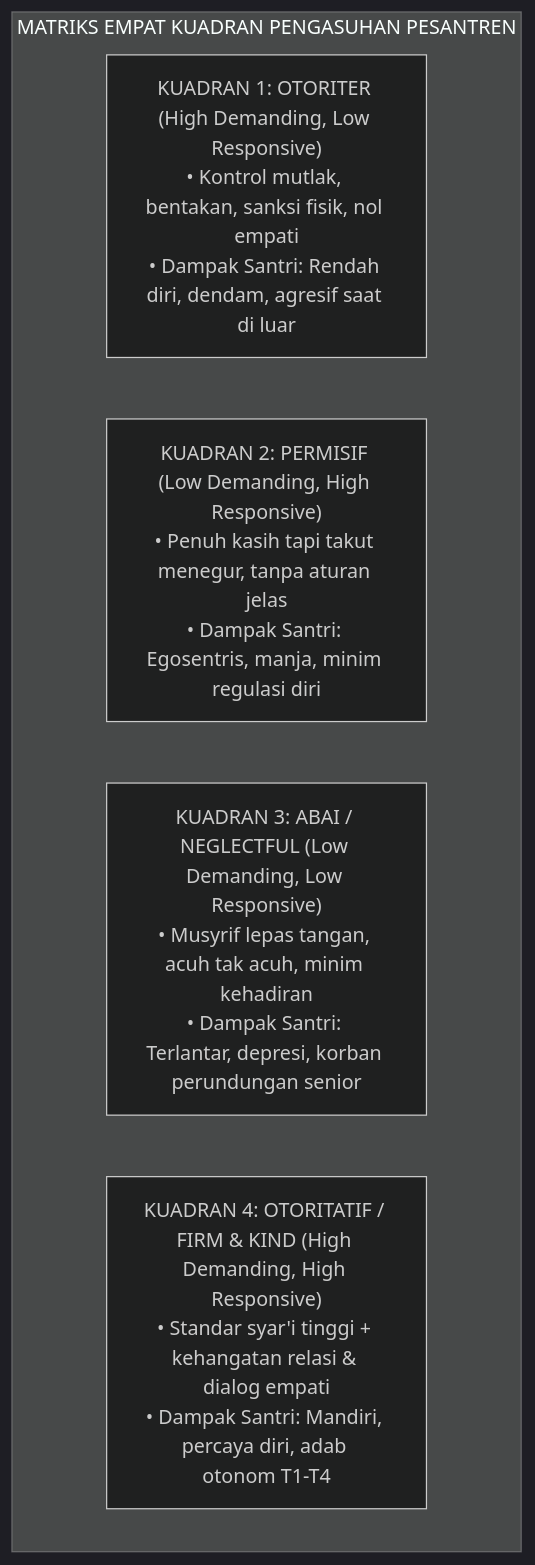
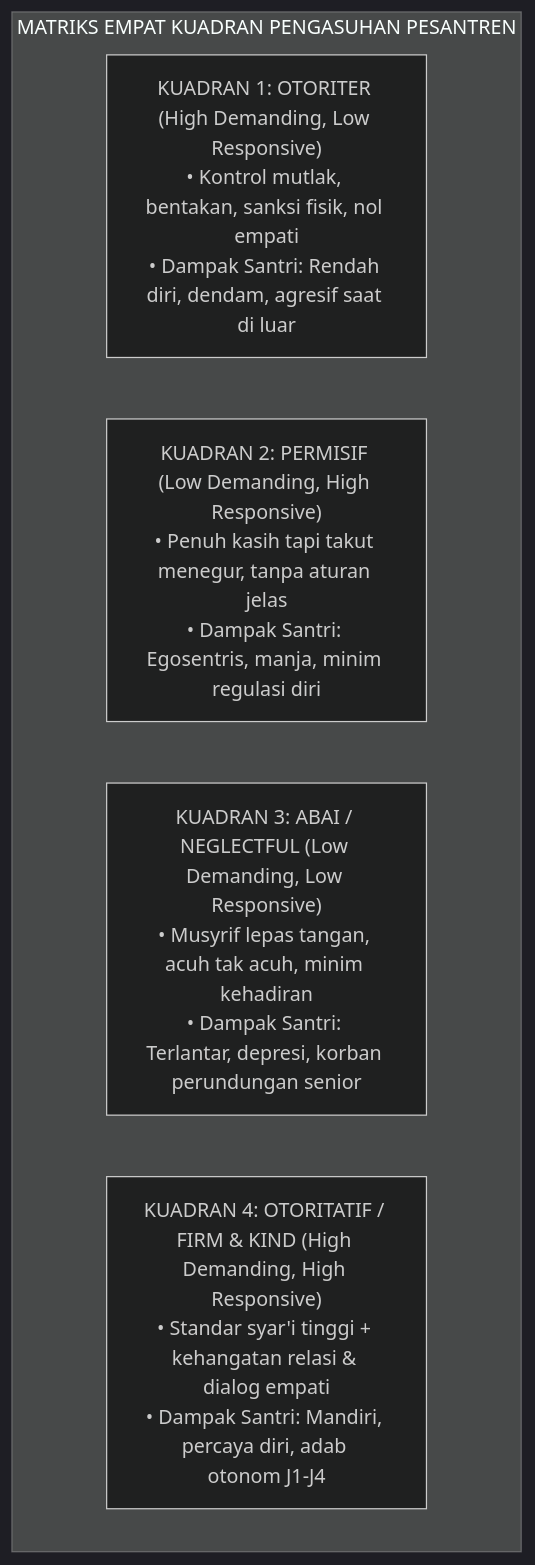
One commit to wandiapriliyandi/tumbuh changed the fourth of 9 diagrams in 02 Principles/01 Core Principles/P2-01-04-Prinsip-Disiplin-Restoratif-Firm-and-Kind.md. Above: the diagram before and after it, drawn with Mermaid (dark theme). The commit also changed other lines of this file and 209 other files, not shown here.

````diff
--- a/02 Principles/01 Core Principles/P2-01-04-Prinsip-Disiplin-Restoratif-Firm-and-Kind.md
+++ b/02 Principles/01 Core Principles/P2-01-04-Prinsip-Disiplin-Restoratif-Firm-and-Kind.md
@@ -173,12 +173,12 @@
 ```mermaid
 graph TD
     subgraph EmpatKuadranBaumrind["MATRIKS EMPAT KUADRAN PENGASUHAN PESANTREN"]
         Otoriter["KUADRAN 1: OTORITER (High Demanding, Low Responsive)<br/>• Kontrol mutlak, bentakan, sanksi fisik, nol empati<br/>• Dampak Santri: Rendah diri, dendam, agresif saat di luar"]
         
         Permisif["KUADRAN 2: PERMISIF (Low Demanding, High Responsive)<br/>• Penuh kasih tapi takut menegur, tanpa aturan jelas<br/>• Dampak Santri: Egosentris, manja, minim regulasi diri"]
         
         Abai["KUADRAN 3: ABAI / NEGLECTFUL (Low Demanding, Low Responsive)<br/>• Musyrif lepas tangan, acuh tak acuh, minim kehadiran<br/>• Dampak Santri: Terlantar, depresi, korban perundungan senior"]
         
-        TUMBUH_FK["KUADRAN 4: OTORITATIF / FIRM & KIND (High Demanding, High Responsive)<br/>• Standar syar'i tinggi + kehangatan relasi & dialog empati<br/>• Dampak Santri: Mandiri, percaya diri, adab otonom T1-T4"]
+        TUMBUH_FK["KUADRAN 4: OTORITATIF / FIRM & KIND (High Demanding, High Responsive)<br/>• Standar syar'i tinggi + kehangatan relasi & dialog empati<br/>• Dampak Santri: Mandiri, percaya diri, adab otonom J1-J4"]
     end
 ```
````
